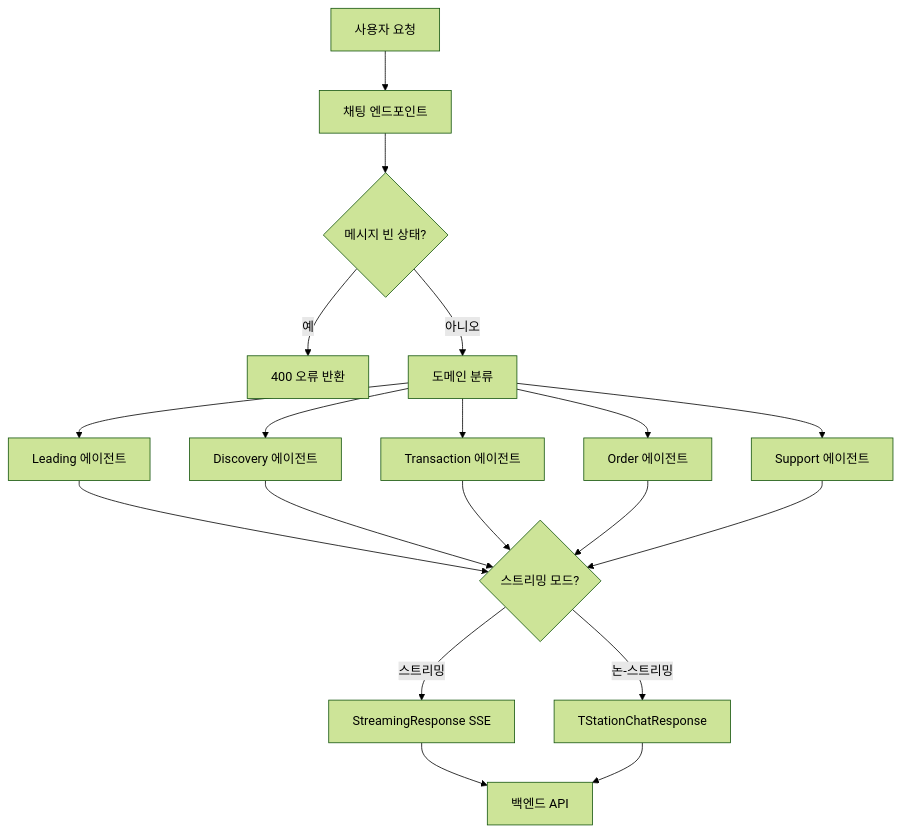
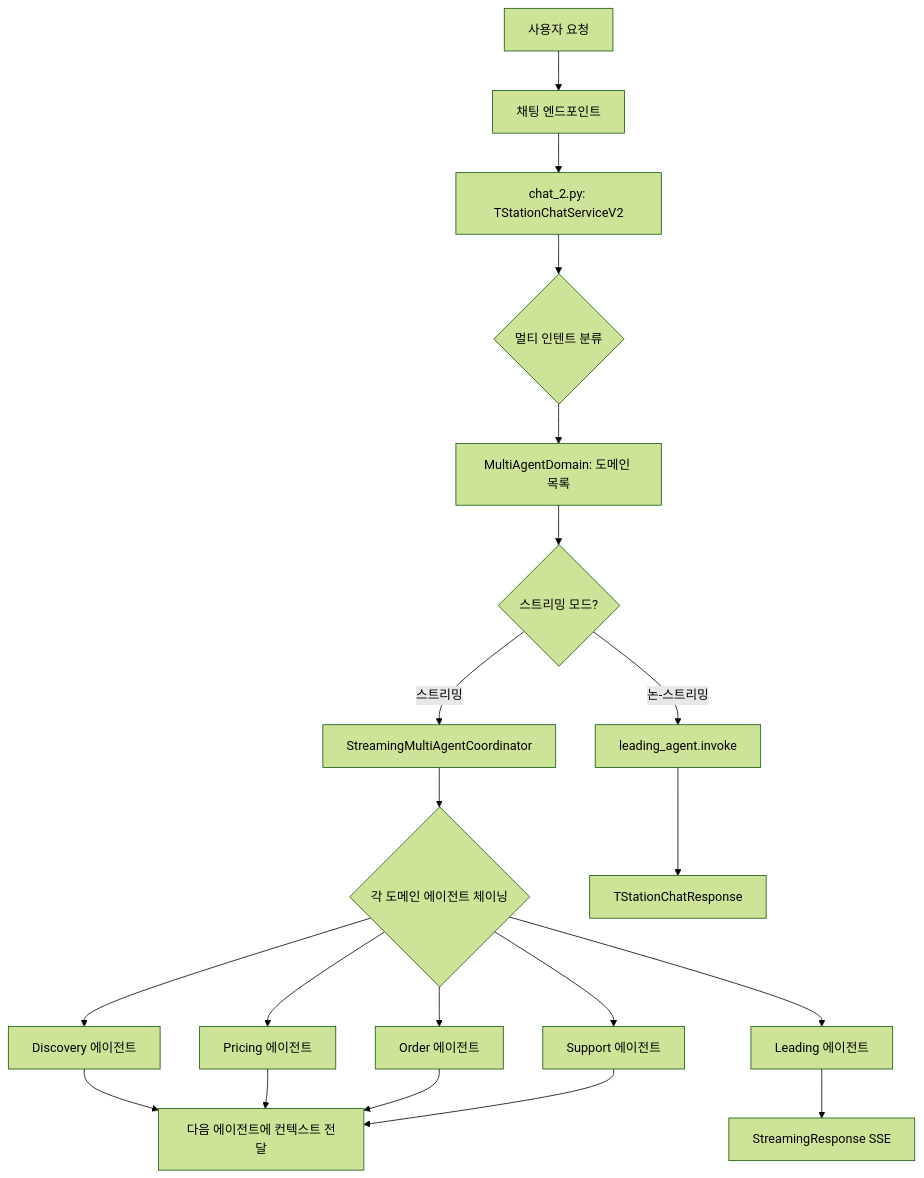
One commit to MinKhaungMinLwin/AI-Orchestration-Agent changed the first of 2 diagrams in docs/feat/tstation-chat/README.ko.md. Above: the diagram before and after it, drawn with Mermaid (forest theme). The commit also changed other lines of this file and 5 other files, not shown here.

````diff
--- a/docs/feat/tstation-chat/README.ko.md
+++ b/docs/feat/tstation-chat/README.ko.md
@@ -23,25 +24,26 @@
 ```mermaid
 graph TB
     A[사용자 요청] --> B[채팅 엔드포인트]
-    B --> C{메시지 빈 상태?}
-    C -->|예| D[400 오류 반환]
-    C -->|아니오| E[도메인 분류]
+    B --> C[chat_2.py: TStationChatServiceV2]
+    C --> D{멀티 인텐트 분류}
+    D --> E[MultiAgentDomain: 도메인 목록]
 
-    E --> F[Leading 에이전트]
-    E --> G[Discovery 에이전트]
-    E --> H[Transaction 에이전트]
-    E --> I[Order 에이전트]
-    E --> J[Support 에이전트]
+    E --> F{스트리밍 모드?}
+    F -->|스트리밍| G[StreamingMultiAgentCoordinator]
+    F -->|논-스트리밍| H[leading_agent.invoke]
 
-    F --> K{스트리밍 모드?}
-    G --> K
-    H --> K
-    I --> K
-    J --> K
+    G --> I{각 도메인 에이전트 체이닝}
+    I --> J[Discovery 에이전트]
+    I --> K[Pricing 에이전트]
+    I --> L[Order 에이전트]
+    I --> M[Support 에이전트]
+    I --> N[Leading 에이전트]
 
-    K -->|스트리밍| L[StreamingResponse SSE]
-    K -->|논-스트리밍| M[TStationChatResponse]
+    J --> O[다음 에이전트에 컨텍스트 전달]
+    K --> O
+    L --> O
+    M --> O
+    N --> P[StreamingResponse SSE]
 
-    L --> N[백엔드 API]
-    M --> N
+    H --> Q[TStationChatResponse]
 ```
````
